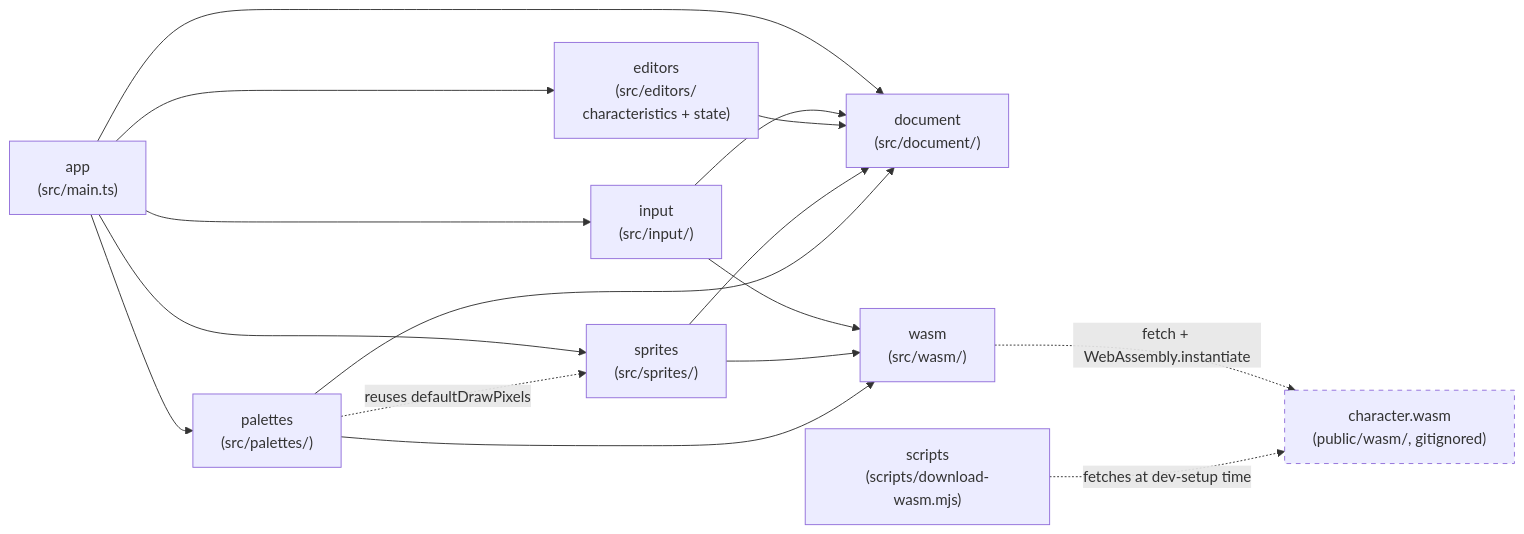
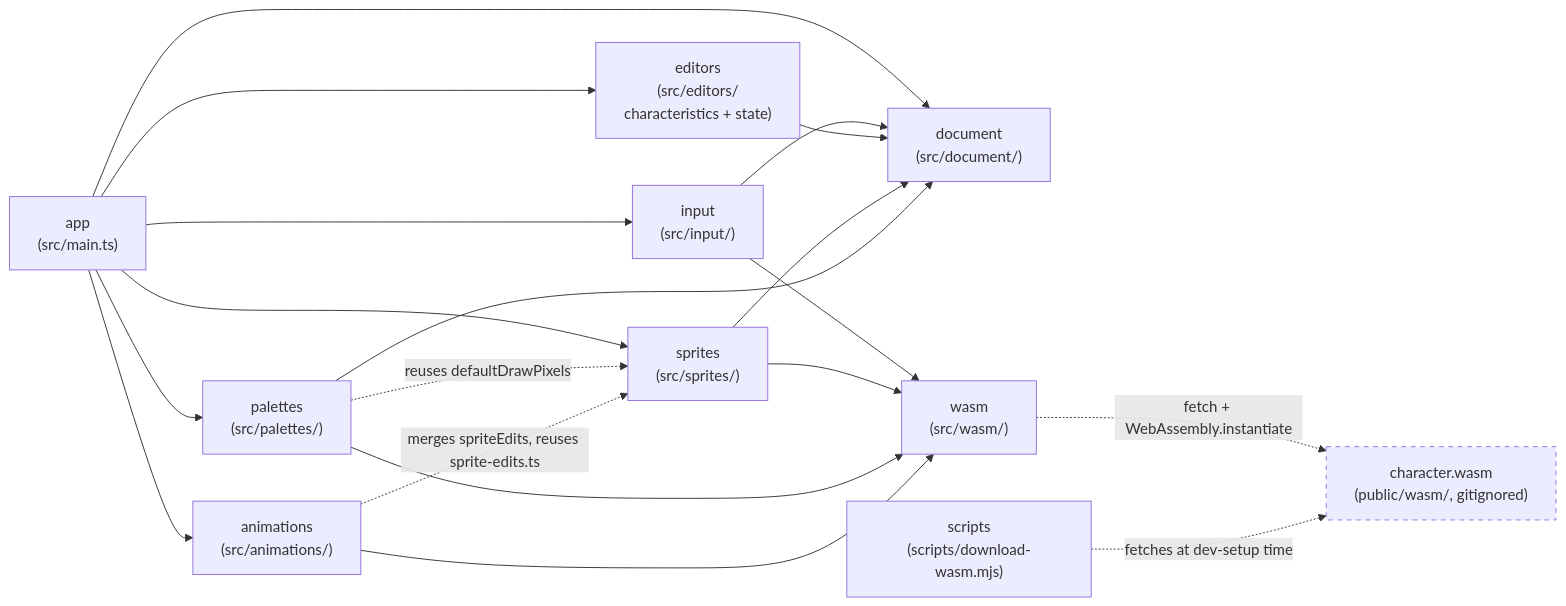
The diagram in docs/architecture.md (openkakutou/character-editor), drawn with Mermaid before and after one commit. The commit also changed other lines of this file and 18 other files, not shown here.

````diff
--- a/docs/architecture.md
+++ b/docs/architecture.md
@@ -13,20 +13,23 @@
 ```mermaid
 flowchart LR
     app["app\n(src/main.ts)"] --> input["input\n(src/input/)"]
     app --> document["document\n(src/document/)"]
     app --> editors["editors\n(src/editors/\ncharacteristics + state)"]
     app --> sprites["sprites\n(src/sprites/)"]
     app --> palettes["palettes\n(src/palettes/)"]
+    app --> animations["animations\n(src/animations/)"]
     input --> wasm["wasm\n(src/wasm/)"]
     input --> document
     editors --> document
     sprites --> document
     sprites --> wasm
     palettes --> document
     palettes --> wasm
     palettes -.->|reuses defaultDrawPixels| sprites
+    animations --> wasm
+    animations -.->|merges spriteEdits, reuses sprite-edits.ts| sprites
     wasm -.->|fetch + WebAssembly.instantiate| module["character.wasm\n(public/wasm/, gitignored)"]
     scripts["scripts\n(scripts/download-wasm.mjs)"] -.->|fetches at dev-setup time| module
 
     style module stroke-dasharray: 5 5
 ```
````
